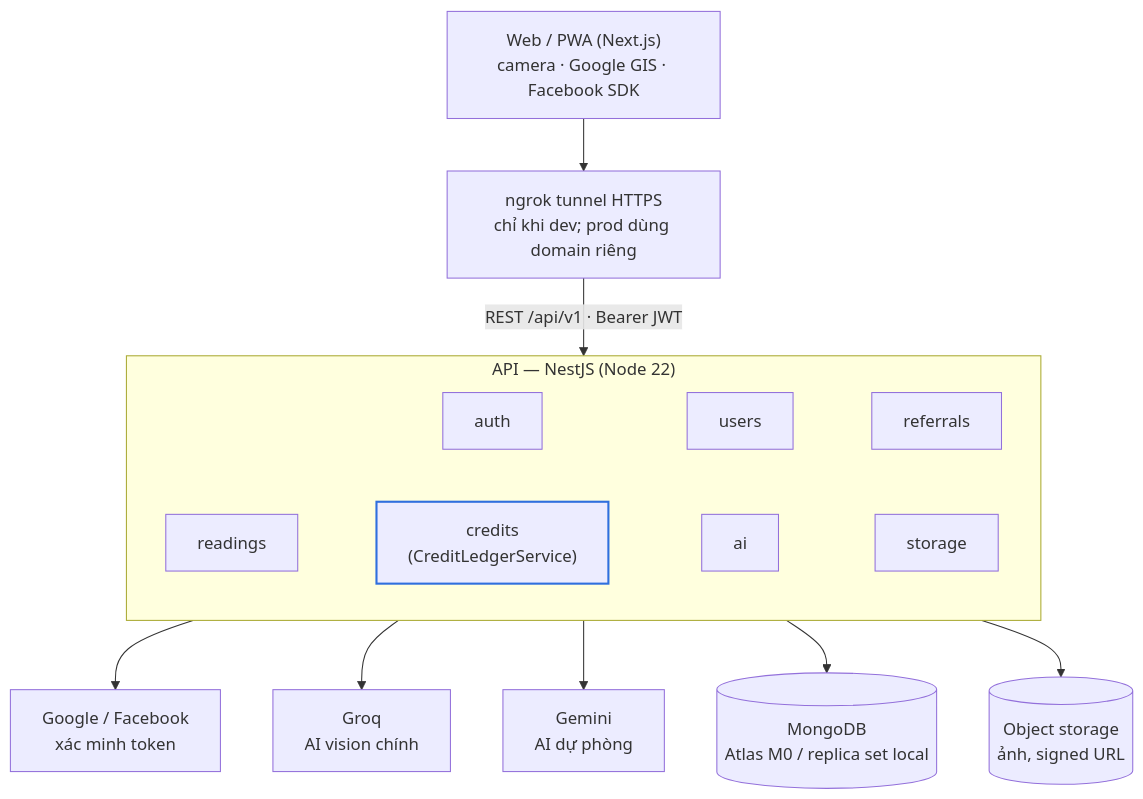
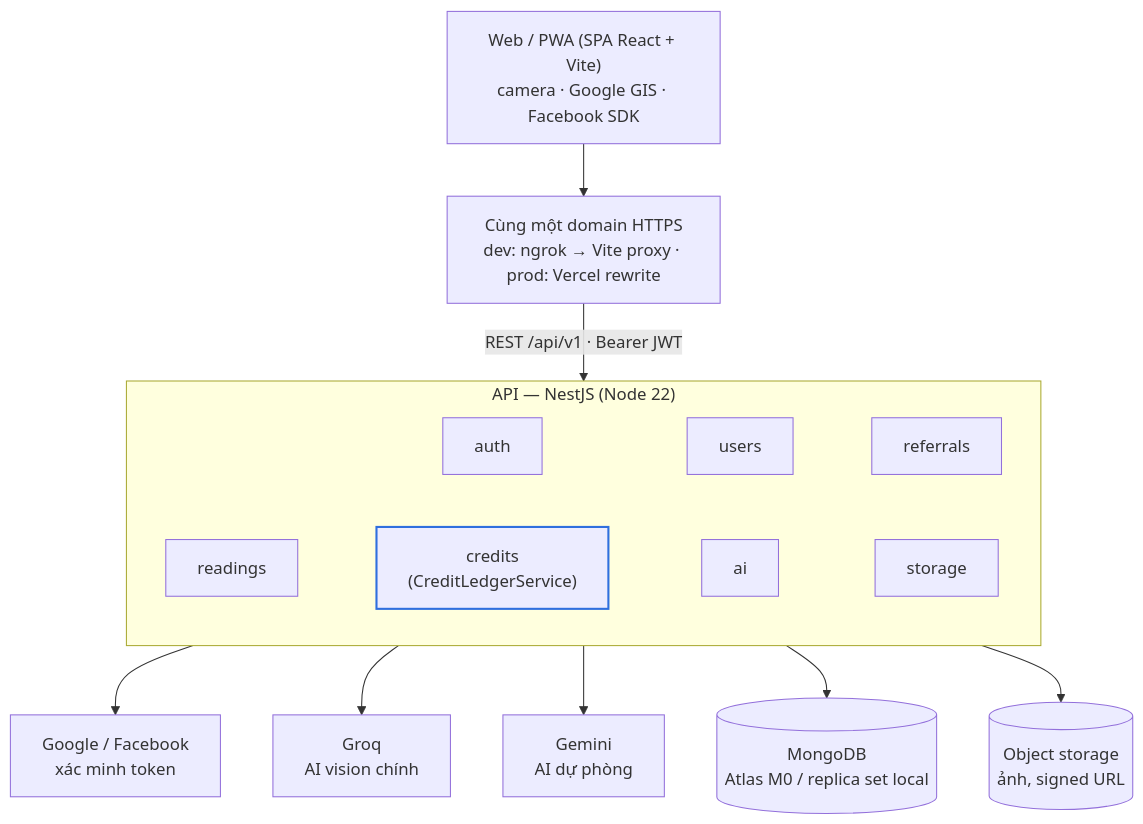
One commit to DucDMinh/PalmSight changed the diagram in docs/README.md. Above: the diagram before and after it, drawn with Mermaid. The commit also changed other lines of this file and 144 other files, not shown here.

````diff
--- a/docs/README.md
+++ b/docs/README.md
@@ -44,25 +44,25 @@
 ```mermaid
 flowchart TB
-    client["Web / PWA (Next.js)<br/>camera · Google GIS · Facebook SDK"]
-    ngrok["ngrok tunnel HTTPS<br/>chỉ khi dev; prod dùng domain riêng"]
+    client["Web / PWA (SPA React + Vite)<br/>camera · Google GIS · Facebook SDK"]
+    ngrok["Cùng một domain HTTPS<br/>dev: ngrok → Vite proxy · prod: Vercel rewrite"]
     subgraph api["API — NestJS (Node 22)"]
         direction LR
         auth[auth] ~~~ users[users] ~~~ referrals[referrals]
         readings[readings] ~~~ credits["credits<br/>(CreditLedgerService)"] ~~~ ai[ai] ~~~ storage[storage]
     end
     oauth["Google / Facebook<br/>xác minh token"]
     groq["Groq<br/>AI vision chính"]
     gemini["Gemini<br/>AI dự phòng"]
     mongo[("MongoDB<br/>Atlas M0 / replica set local")]
     r2[("Object storage<br/>ảnh, signed URL")]
 
     client --> ngrok -->|"REST /api/v1 · Bearer JWT"| api
     api --> oauth
     api --> groq
     api --> gemini
     api --> mongo
     api --> r2
 
     classDef accent stroke:#2f6fde,stroke-width:2px
     class credits accent
 ```
````
